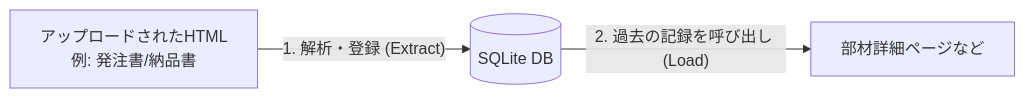
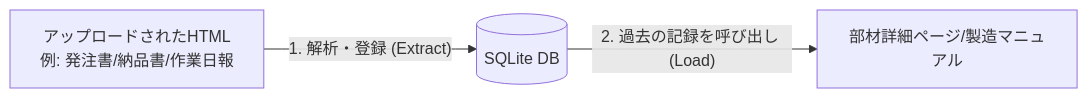
One commit to wordring/w-cms changed the diagram in docs/concept.md. Above: the diagram before and after it, drawn with Mermaid. The commit also changed other lines of this file, not shown here.

````diff
--- a/docs/concept.md
+++ b/docs/concept.md
@@ -11,5 +11,5 @@
 ```mermaid
 graph LR
-    HTML[アップロードされたHTML<br>例: 発注書/納品書] -- 1. 解析・登録 (Extract) --> DB[(SQLite DB)]
-    DB -- 2. 過去の記録を呼び出し (Load) --> Page[部材詳細ページなど]
+    HTML[アップロードされたHTML<br>例: 発注書/納品書/作業日報] -- 1. 解析・登録 (Extract) --> DB[(SQLite DB)]
+    DB -- 2. 過去の記録を呼び出し (Load) --> Page[部材詳細ページ/製造マニュアル]
 ```
````
